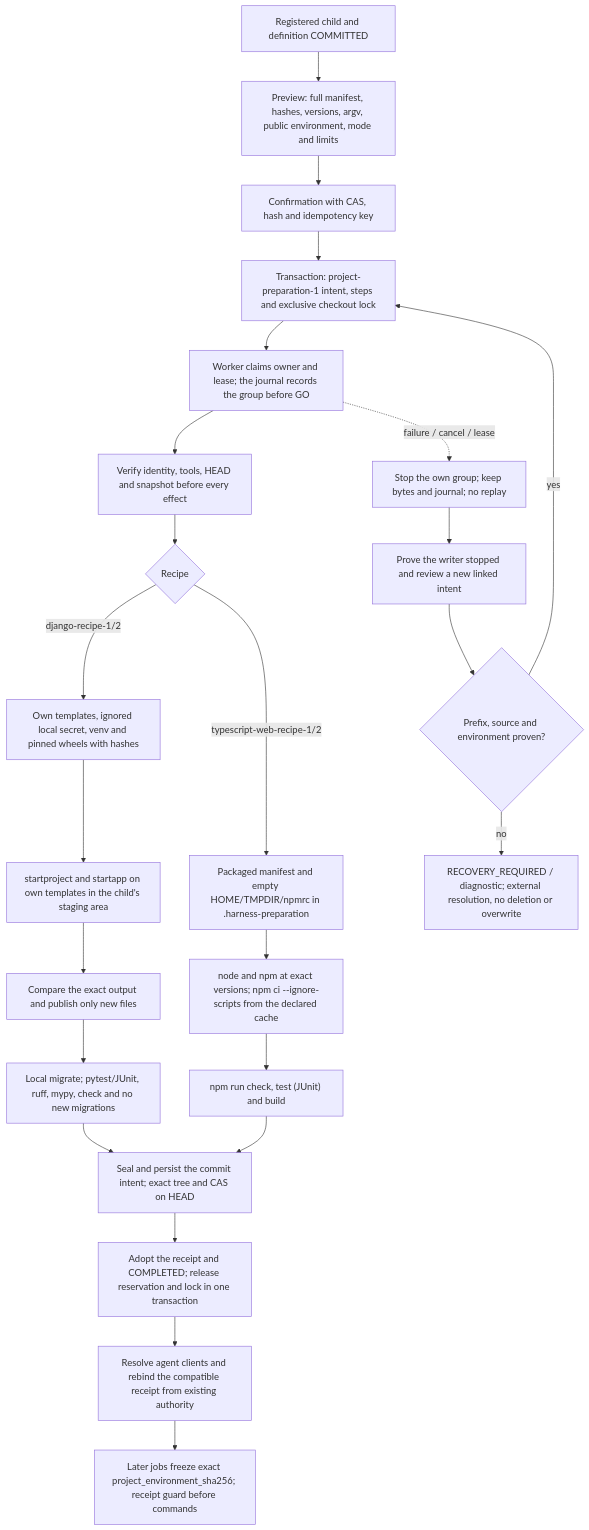
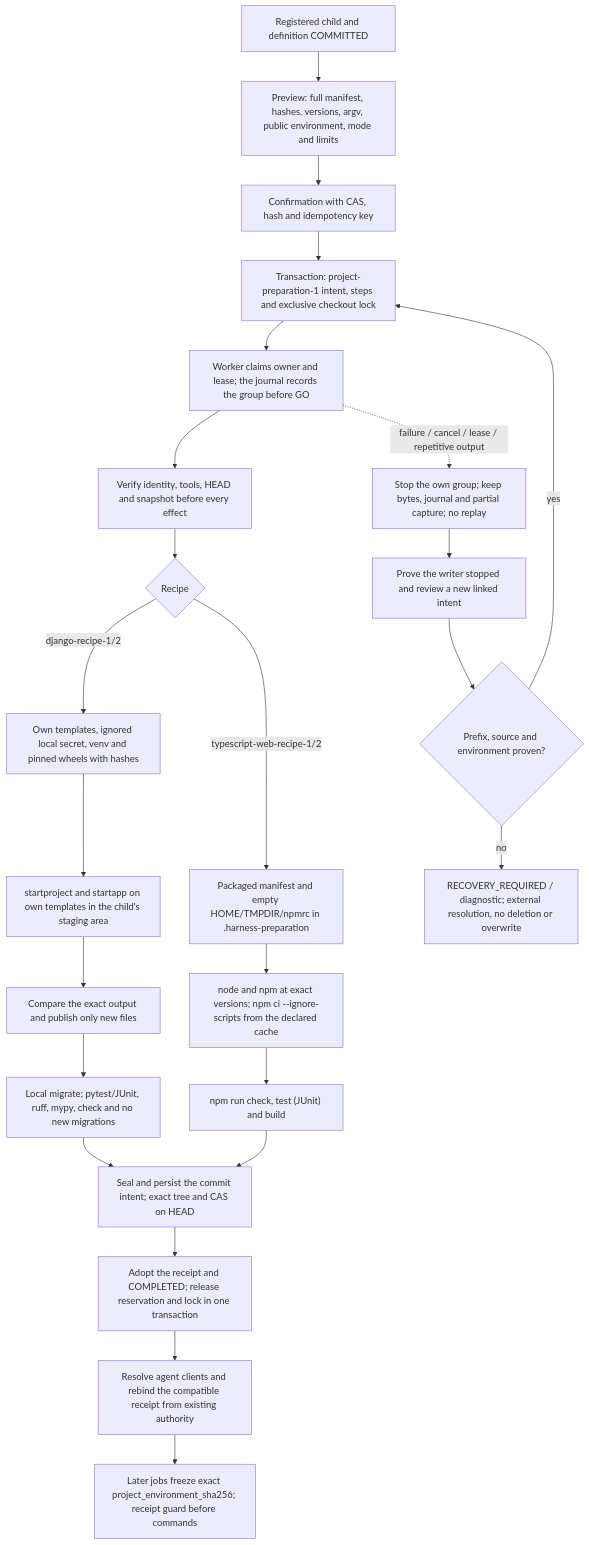
The first of 2 diagrams in docs/flows/project-preparation.md (AcostaDDev/my-harness), drawn with Mermaid before and after one commit. The commit also changed other lines of this file and 13 other files, not shown here.

First line of the commit message:
fix: bound preparation executor output and keep lease-loss evidence (OT006)

````diff
--- a/docs/flows/project-preparation.md
+++ b/docs/flows/project-preparation.md
@@ -20,26 +27,26 @@
 ```mermaid
 flowchart TD
     D["Registered child and definition COMMITTED"] --> P["Preview: full manifest, hashes, versions, argv, public environment, mode and limits"]
     P --> C["Confirmation with CAS, hash and idempotency key"]
     C --> I["Transaction: project-preparation-1 intent, steps and exclusive checkout lock"]
     I --> W["Worker claims owner and lease; the journal records the group before GO"]
     W --> V["Verify identity, tools, HEAD and snapshot before every effect"]
     V --> RC{"Recipe"}
     RC -- "django-recipe-1/2" --> E["Own templates, ignored local secret, venv and pinned wheels with hashes"]
     E --> G["startproject and startapp on own templates in the child's staging area"]
     G --> M["Compare the exact output and publish only new files"]
     M --> T["Local migrate; pytest/JUnit, ruff, mypy, check and no new migrations"]
     RC -- "typescript-web-recipe-1/2" --> F["Packaged manifest and empty HOME/TMPDIR/npmrc in .harness-preparation"]
     F --> N["node and npm at exact versions; npm ci --ignore-scripts from the declared cache"]
     N --> U["npm run check, test (JUnit) and build"]
     T --> K["Seal and persist the commit intent; exact tree and CAS on HEAD"]
     U --> K
     K --> R["Adopt the receipt and COMPLETED; release reservation and lock in one transaction"]
     R --> BIND["Resolve agent clients and rebind the compatible receipt from existing authority"]
     BIND --> J["Later jobs freeze exact project_environment_sha256; receipt guard before commands"]
-    W -. "failure / cancel / lease" .-> X["Stop the own group; keep bytes and journal; no replay"]
+    W -. "failure / cancel / lease / repetitive output" .-> X["Stop the own group; keep bytes, journal and partial capture; no replay"]
     X --> A["Prove the writer stopped and review a new linked intent"]
     A --> B{"Prefix, source and environment proven?"}
     B -- yes --> I
     B -- no --> Q["RECOVERY_REQUIRED / diagnostic; external resolution, no deletion or overwrite"]
 ```
````
